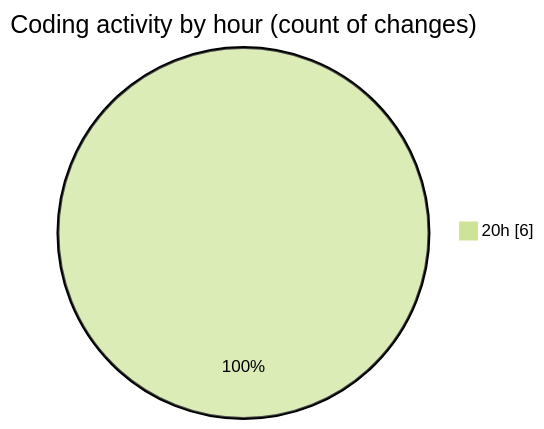
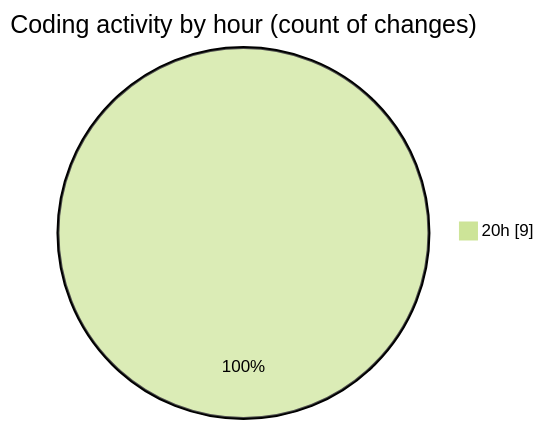
Before and after one commit to Netris89/code-tracking: the second of 2 diagrams in 2025-04-27/utilities/README.md, drawn with Mermaid (forest theme). The commit also changed other lines of this file and 1 other file, not shown here.

````diff
--- a/2025-04-27/utilities/README.md
+++ b/2025-04-27/utilities/README.md
@@ -28,5 +30,5 @@
 ```mermaid
 pie showData
 title Coding activity by hour (count of changes)
-"20h" : 6
+"20h" : 9
 ```
````
